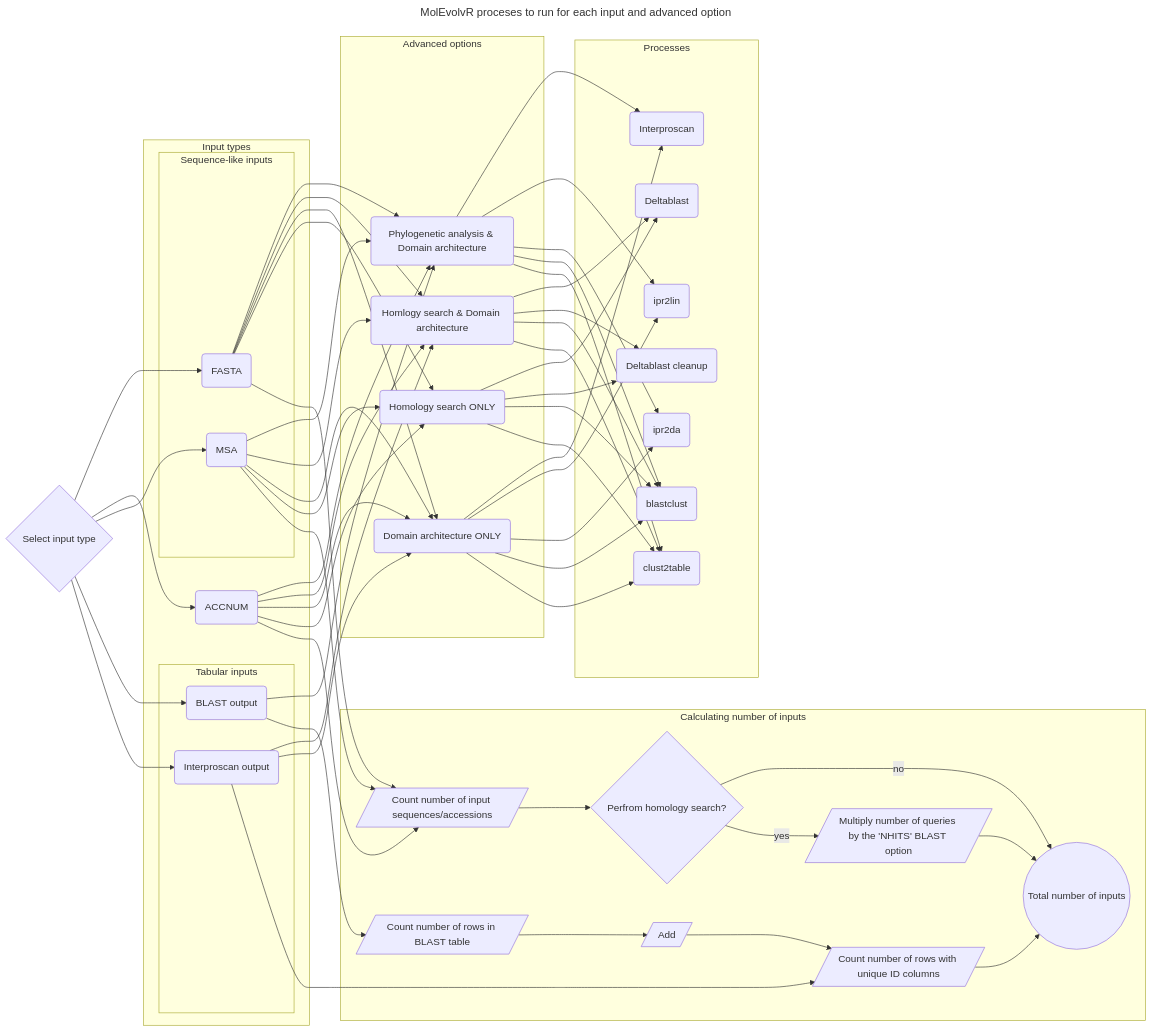
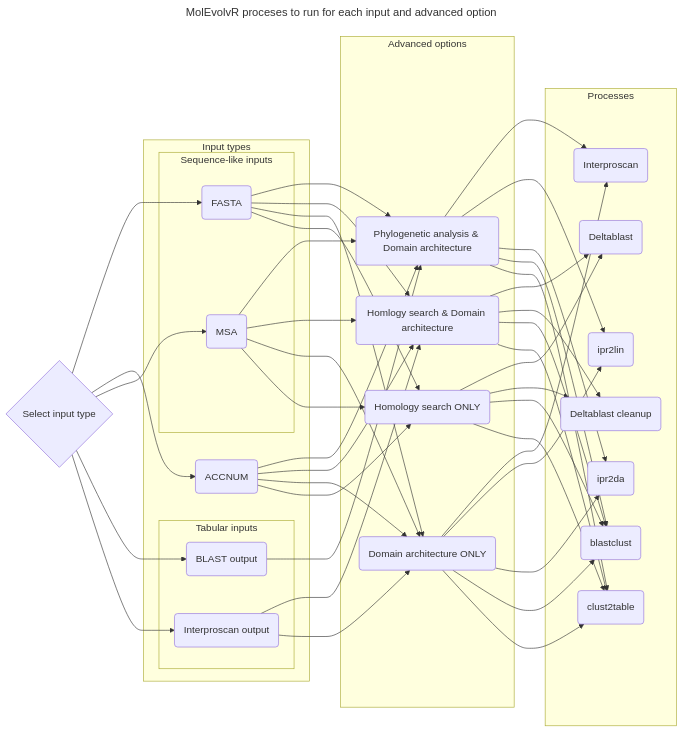
The diagram in docs/mermaid-input_and_adv_opts_processes.md (JRaviLab/MolEvolvR), drawn with Mermaid before and after one commit.

Commit message:
Rm subgraph for calculating number of inputs
The current subgraph was not accurate to the true process of calculating the number of inputs/walltime. A new diagram or more consideration on diagram design is needed to replace this.

````diff
--- a/docs/mermaid-input_and_adv_opts_processes.md
+++ b/docs/mermaid-input_and_adv_opts_processes.md
@@ -94,28 +94,4 @@
         DOMARCH --> BLASTCLUST
         DOMARCH --> CLUST2TABLE
 
-    subgraph "Calculating number of inputs"
-        COUNT_SEQS[/Count number of input sequences/accessions/]
-        COUNT_UNIQUE_ID_ROWS[/Count number of rows with unique ID columns/]
-        COUNT_ROWS[/Count number of rows in BLAST table/]
-        HOMOLOGY_SEARCH_DECISION{Perfrom homology search?}
-        ADD[/Add/]
-        MULTIPLY_BLAST_HIT_OPTION[/Multiply number of queries by the 'NHITS' BLAST option/]
-        TOTAL_INPUTS((Total number of inputs))
-    end
-    %% Assign the workflow of calculating number of inputs for each type
-    FASTA --> COUNT_SEQS
-    ACCNUM --> COUNT_SEQS
-    MSA --> COUNT_SEQS
-    %% Factor in homology search option
-    COUNT_SEQS --> HOMOLOGY_SEARCH_DECISION
-    HOMOLOGY_SEARCH_DECISION --noo--> TOTAL_INPUTS
-    HOMOLOGY_SEARCH_DECISION --yes--> MULTIPLY_BLAST_HIT_OPTION
-    MULTIPLY_BLAST_HIT_OPTION --> TOTAL_INPUTS
-    %% Blast output
-    BLAST_OUTPUT --> COUNT_ROWS --> ADD --> COUNT_UNIQUE_ID_ROWS
-    %% Interproscan
-    INTERPROSCAN_OUTPUT --> COUNT_UNIQUE_ID_ROWS
-    COUNT_UNIQUE_ID_ROWS --> TOTAL_INPUTS
-
 ```
````
